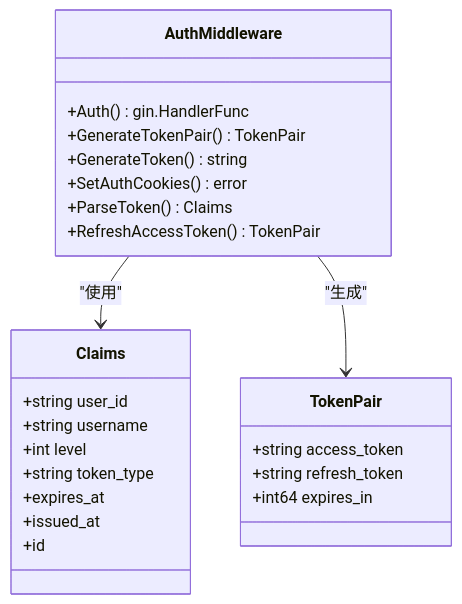
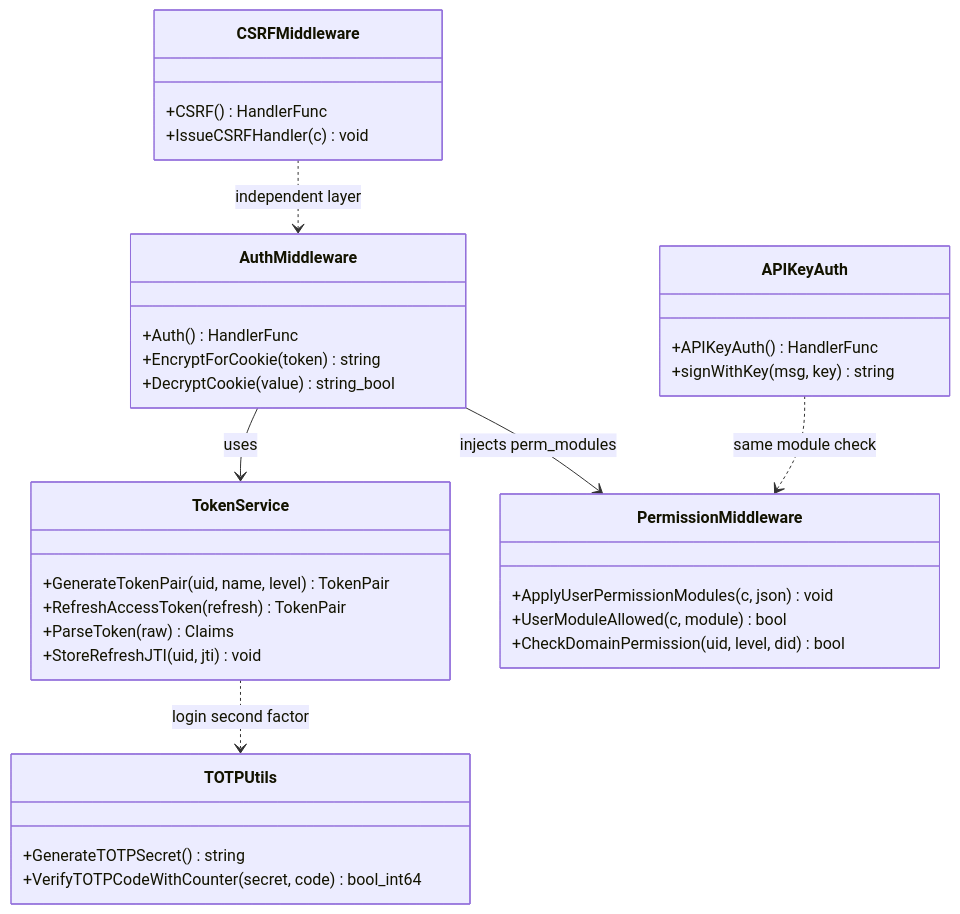
Before and after one commit to x01n/dnsplane: the second of 5 diagrams in docs/API参考文档/认证API.md, drawn with Mermaid. The commit also changed other lines of this file and 326 other files, not shown here.

````diff
--- a/docs/API参考文档/认证API.md
+++ b/docs/API参考文档/认证API.md
@@ -92,27 +142,36 @@
 ```mermaid
 classDiagram
-class Claims {
-+string user_id
-+string username
-+int level
-+string token_type
-+expires_at
-+issued_at
-+id
-}
-class TokenPair {
-+string access_token
-+string refresh_token
-+int64 expires_in
-}
-class AuthMiddleware {
-+Auth() gin.HandlerFunc
-+GenerateTokenPair() TokenPair
-+GenerateToken() string
-+SetAuthCookies() error
-+ParseToken() Claims
-+RefreshAccessToken() TokenPair
-}
-AuthMiddleware --> Claims : "使用"
-AuthMiddleware --> TokenPair : "生成"
+    class AuthMiddleware {
+        +Auth() HandlerFunc
+        +EncryptForCookie(token) string
+        +DecryptCookie(value) string_bool
+    }
+    class TokenService {
+        +GenerateTokenPair(uid, name, level) TokenPair
+        +RefreshAccessToken(refresh) TokenPair
+        +ParseToken(raw) Claims
+        +StoreRefreshJTI(uid, jti) void
+    }
+    class CSRFMiddleware {
+        +CSRF() HandlerFunc
+        +IssueCSRFHandler(c) void
+    }
+    class PermissionMiddleware {
+        +ApplyUserPermissionModules(c, json) void
+        +UserModuleAllowed(c, module) bool
+        +CheckDomainPermission(uid, level, did) bool
+    }
+    class APIKeyAuth {
+        +APIKeyAuth() HandlerFunc
+        +signWithKey(msg, key) string
+    }
+    class TOTPUtils {
+        +GenerateTOTPSecret() string
+        +VerifyTOTPCodeWithCounter(secret, code) bool_int64
+    }
+    AuthMiddleware --> TokenService : uses
+    AuthMiddleware --> PermissionMiddleware : injects perm_modules
+    CSRFMiddleware ..> AuthMiddleware : independent layer
+    APIKeyAuth ..> PermissionMiddleware : same module check
+    TokenService ..> TOTPUtils : login second factor
 ```
````
